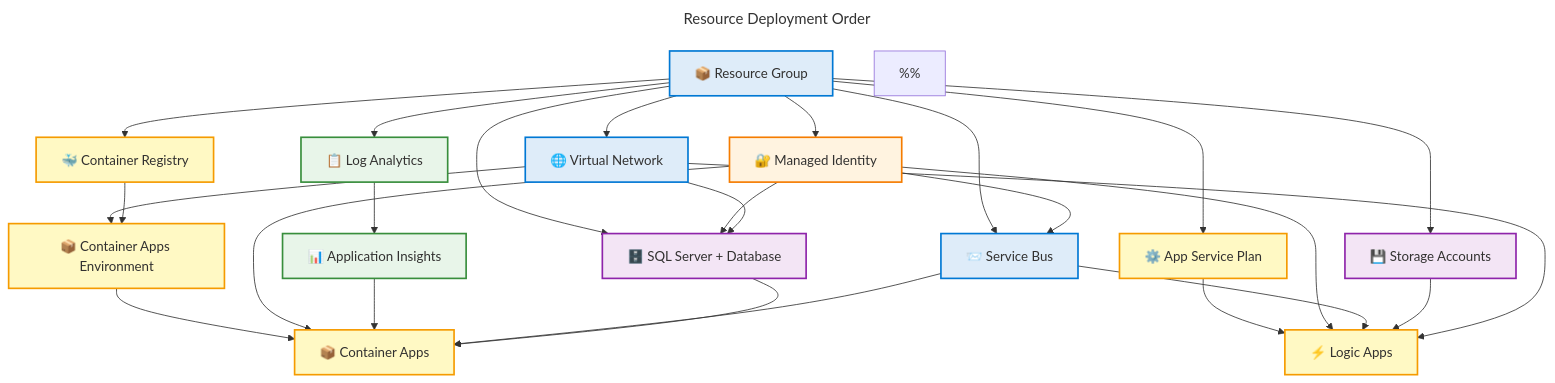
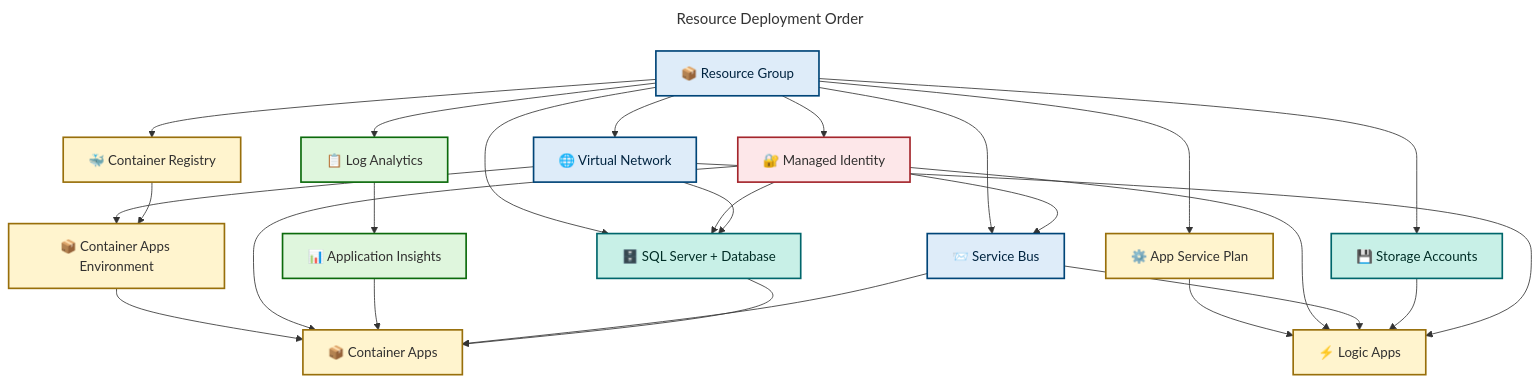
One commit to Evilazaro/Azure-LogicApps-Monitoring changed the third of 3 diagrams in README.md. Above: the diagram before and after it, drawn with Mermaid. The commit also changed other lines of this file, not shown here.

Commit message:
docs: update architecture diagrams with enhanced semantic color coding and accessibility features

````diff
--- a/README.md
+++ b/README.md
@@ -1599,71 +1616,79 @@
 ```mermaid
 ---
 title: "Resource Deployment Order"
 ---
 graph TB
     accTitle: Azure Resource Deployment Order
     accDescr: Dependency diagram showing deployment sequence of Azure resources starting from Resource Group, then foundational resources like Managed Identity, Log Analytics, Virtual Network, followed by data services, messaging, container infrastructure, and finally application workloads including Container Apps and Logic Apps
+
+    %% AZURE / FLUENT ARCHITECTURE PATTERN v1.1
+    %% Semantic + Structural + Font + Accessibility Governance
+    %% Color Scheme: Deployment dependency flow with semantic resource types
+    %% Blue (#DEECF9): Foundation/Network | Orange (#FDE7E9): Security/Identity
+    %% Green (#DFF6DD): Monitoring | Teal (#C8F0E7): Data/Storage
+    %% Yellow (#FFF4CE): Application/Compute
 
     RG["📦 Resource Group"]
     Identity["🔐 Managed Identity"]
     LogAnalytics["📋 Log Analytics"]
     AppInsights["📊 Application Insights"]
     VNet["🌐 Virtual Network"]
     SQL["🗄️ SQL Server + Database"]
     ServiceBus["📨 Service Bus"]
     Storage["💾 Storage Accounts"]
     ACR["🐳 Container Registry"]
     CAE["📦 Container Apps Environment"]
     CA["📦 Container Apps"]
     ASP["⚙️ App Service Plan"]
     LogicApp["⚡ Logic Apps"]
 
     RG --> Identity
     RG --> LogAnalytics
     LogAnalytics --> AppInsights
     RG --> VNet
     RG --> SQL
     Identity --> SQL
     VNet --> SQL
     RG --> ServiceBus
     Identity --> ServiceBus
     RG --> Storage
     RG --> ACR
     VNet --> CAE
     ACR --> CAE
     CAE --> CA
     Identity --> CA
     AppInsights --> CA
     ServiceBus --> CA
     SQL --> CA
     RG --> ASP
     ASP --> LogicApp
     Identity --> LogicApp
     ServiceBus --> LogicApp
     Storage --> LogicApp
     VNet --> LogicApp
 
-    style RG fill:#DEECF9,stroke:#0078D4,stroke-width:2px,color:#323130
-    style Identity fill:#FFF3E0,stroke:#F57C00,stroke-width:2px,color:#323130
-    style LogAnalytics fill:#E8F5E9,stroke:#388E3C,stroke-width:2px,color:#323130
-    style AppInsights fill:#E8F5E9,stroke:#388E3C,stroke-width:2px,color:#323130
-    style VNet fill:#DEECF9,stroke:#0078D4,stroke-width:2px,color:#323130
-    style SQL fill:#F3E5F5,stroke:#8E24AA,stroke-width:2px,color:#323130
-    style ServiceBus fill:#DEECF9,stroke:#0078D4,stroke-width:2px,color:#323130
-    style Storage fill:#F3E5F5,stroke:#8E24AA,stroke-width:2px,color:#323130
-    style ACR fill:#FFF9C4,stroke:#F59B00,stroke-width:2px,color:#323130
-    style CAE fill:#FFF9C4,stroke:#F59B00,stroke-width:2px,color:#323130
-    style CA fill:#FFF9C4,stroke:#F59B00,stroke-width:2px,color:#323130
-    style ASP fill:#FFF9C4,stroke:#F59B00,stroke-width:2px,color:#323130
-    style LogicApp fill:#FFF9C4,stroke:#F59B00,stroke-width:2px,color:#323130
+    %% Apply semantic colors via classDef pattern
+    RG:::azureBlue
+    Identity:::warningOrange
+    LogAnalytics:::successGreen
+    AppInsights:::successGreen
+    VNet:::azureBlue
+    SQL:::presenceTeal
+    ServiceBus:::azureBlue
+    Storage:::presenceTeal
+    ACR:::sharedYellow
+    CAE:::sharedYellow
+    CA:::sharedYellow
+    ASP:::sharedYellow
+    LogicApp:::sharedYellow
 
-    %% Color Palette Documentation
-    %% azureBlue (#DEECF9): Foundation resources (Resource Group, VNet, Service Bus)
-    %% azureOrange (#FFF3E0): Identity and security
-    %% azureGreen (#E8F5E9): Monitoring and observability
-    %% azurePurple (#F3E5F5): Data storage resources
-    %% azureYellow (#FFF9C4): Application hosting (Container Apps, Logic Apps)
-    %%
-    %% Accessibility: WCAG AA compliant (4.5:1 contrast ratio)
-    %% Icons: Semantic emojis for resource type identification
+    %% classDef declarations (AZURE/FLUENT v1.1 - 100-level fills)
+    classDef azureBlue fill:#DEECF9,stroke:#004578,stroke-width:2px,color:#002440
+    classDef warningOrange fill:#FDE7E9,stroke:#A4262C,stroke-width:2px,color:#323130
+    classDef successGreen fill:#DFF6DD,stroke:#0B6A0B,stroke-width:2px,color:#323130
+    classDef presenceTeal fill:#C8F0E7,stroke:#00666B,stroke-width:2px,color:#002D26
+    classDef sharedYellow fill:#FFF4CE,stroke:#986F0B,stroke-width:2px,color:#323130
+
+    %% Accessibility: WCAG AA compliant (4.5:1 contrast ratio minimum)
+    %% Icons: Semantic emojis for Azure resource type identification
 ```
````
